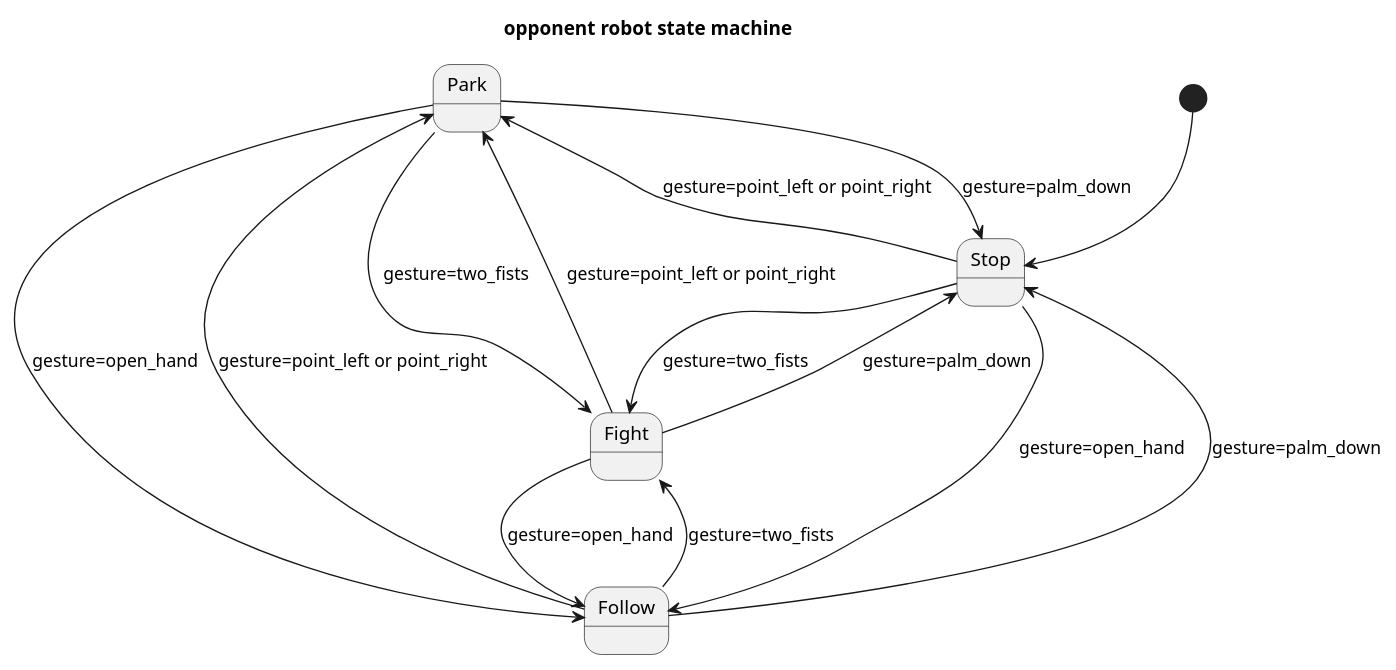
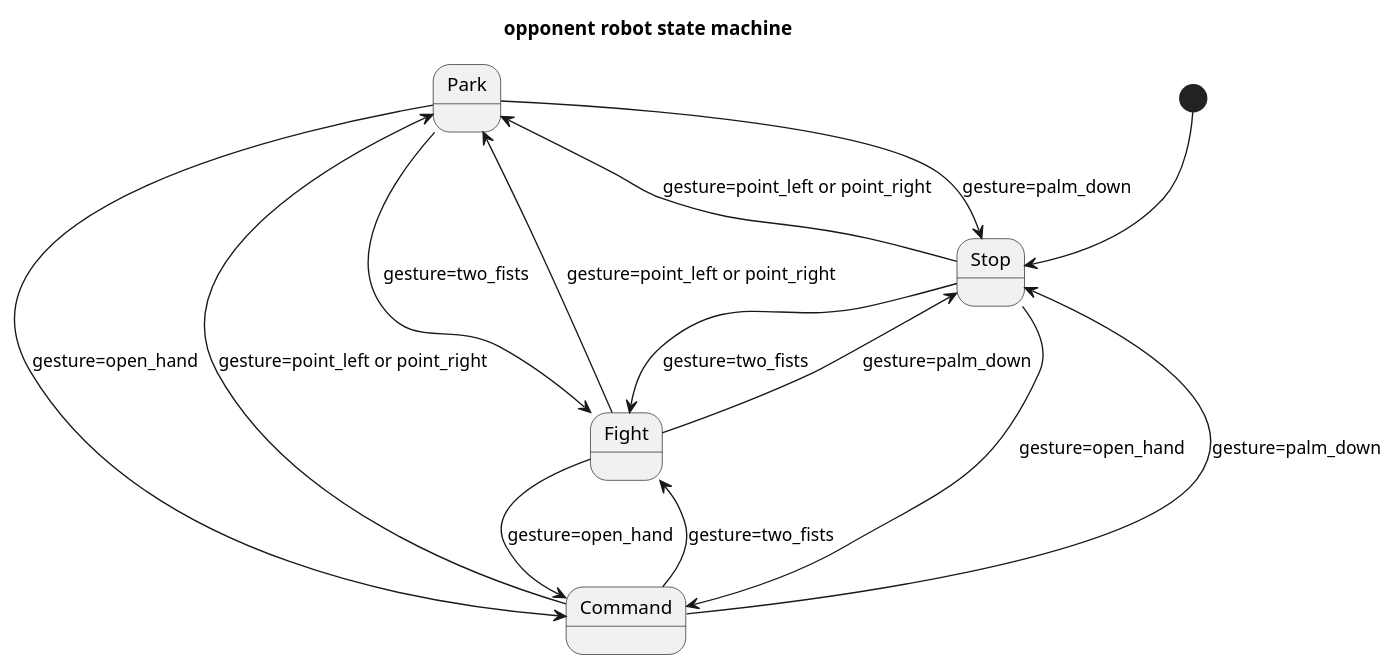
The diagram in doc/design/mode-state-machine.puml (totoy-newbie/opponent-robot), drawn with PlantUML before and after one commit. The commit also changed 6 other files, not shown here.

```diff
--- a/doc/design/mode-state-machine.puml
+++ b/doc/design/mode-state-machine.puml
@@ -1,29 +1,29 @@
 @startuml
 title opponent robot state machine
 
 ' states
-state Follow 
+state Command 
 state Park 
 state Fight
 state Stop 
 
 ' relationships
 [*] -d-> Stop
 
 Stop -l-> Park : gesture=point_left or point_right
 Stop -r-> Fight : gesture=two_fists
-Stop -d-> Follow : gesture=open_hand
+Stop -d-> Command : gesture=open_hand
 
-Follow --> Park : gesture=point_left or point_right
-Follow --> Fight : gesture=two_fists
-Follow --> Stop : gesture=palm_down
+Command --> Park : gesture=point_left or point_right
+Command --> Fight : gesture=two_fists
+Command --> Stop : gesture=palm_down
 
-Park --> Follow : gesture=open_hand
+Park --> Command : gesture=open_hand
 Park --> Fight : gesture=two_fists
 Park --> Stop : gesture=palm_down
 
 Fight --> Park : gesture=point_left or point_right
-Fight --> Follow : gesture=open_hand
+Fight --> Command : gesture=open_hand
 Fight --> Stop : gesture=palm_down
 
 @enduml
```
